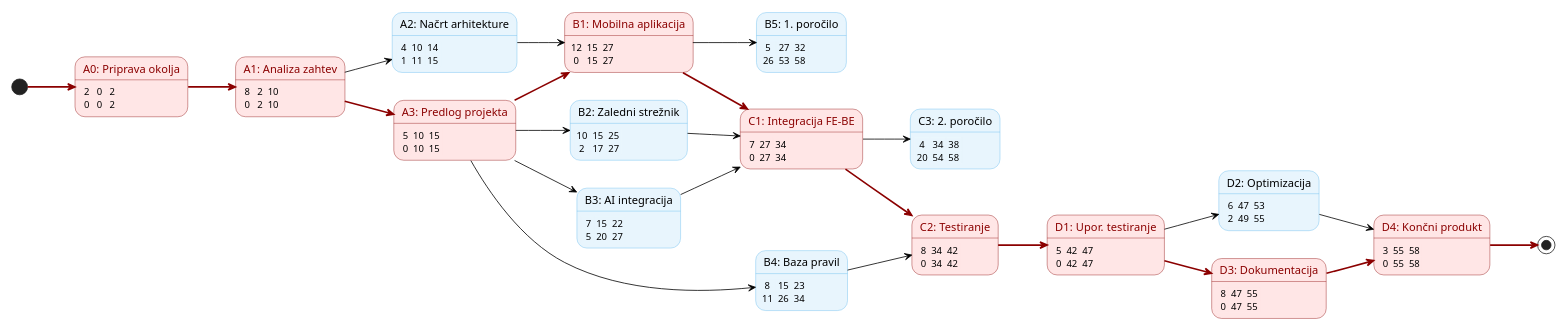
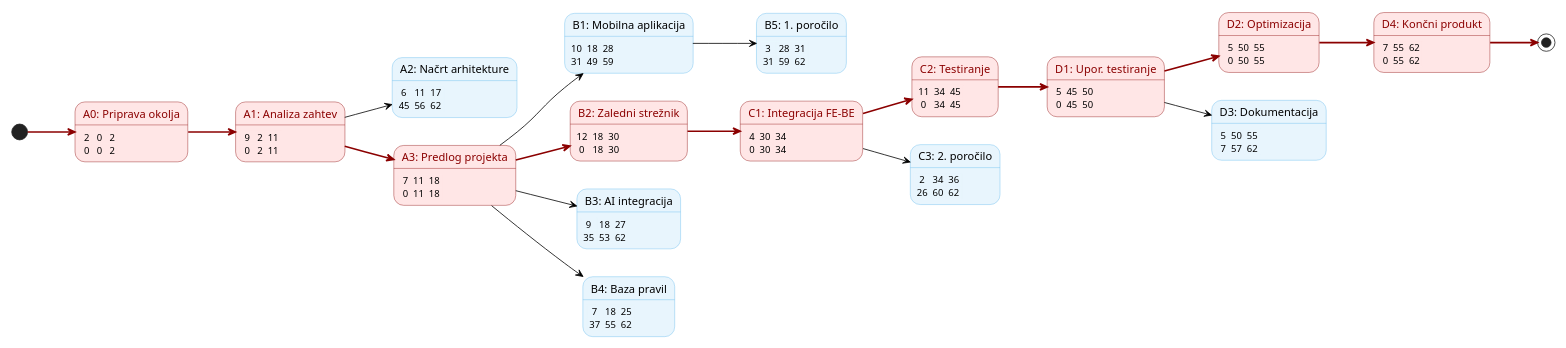
The diagram in 1.iteracija/gradivo/plantuml/PERT.puml (MB37860/temp_tpo), drawn with PlantUML before and after one commit. The commit also changed 2 other files, not shown here.

Commit message:
updated grant and pertt charts

```diff
--- a/1.iteracija/gradivo/plantuml/PERT.puml
+++ b/1.iteracija/gradivo/plantuml/PERT.puml
@@ -1,63 +1,58 @@
 @startuml "PERT diagram"
 
 skinparam backgroundColor transparent
 left to right direction
 
 scale 0.7
 
 <style>
 stateDiagram {
   arrow {
     LineColor black
   }
 }
 </style>
 
 skinparam State {
   BackgroundColor #e8f5fd
   BorderColor #5FB8EC
 }
 
 skinparam defaultTextAlignment center
 
 state "<color:darkred>A0: Priprava okolja</color>" as A0 #ffe6e6;line:darkred : <#ffe6e6,#ffe6e6>|  2 |  0 |  2 |\n|  0 |  0 |  2 |
-state "<color:darkred>A1: Analiza zahtev</color>" as A1 #ffe6e6;line:darkred : <#ffe6e6,#ffe6e6>|  8 |  2 | 10 |\n|  0 |  2 | 10 |
-state "A2: Načrt arhitekture" as A2 : <#e8f5fd,#e8f5fd>|  4 | 10 | 14 |\n|  1 | 11 | 15 |
-state "<color:darkred>A3: Predlog projekta</color>" as A3 #ffe6e6;line:darkred : <#ffe6e6,#ffe6e6>|  5 | 10 | 15 |\n|  0 | 10 | 15 |
-state "<color:darkred>B1: Mobilna aplikacija</color>" as B1 #ffe6e6;line:darkred : <#ffe6e6,#ffe6e6>| 12 | 15 | 27 |\n|  0 | 15 | 27 |
-state "B2: Zaledni strežnik" as B2 : <#e8f5fd,#e8f5fd>| 10 | 15 | 25 |\n|  2 | 17 | 27 |
-state "B3: AI integracija" as B3 : <#e8f5fd,#e8f5fd>|  7 | 15 | 22 |\n|  5 | 20 | 27 |
-state "B4: Baza pravil" as B4 : <#e8f5fd,#e8f5fd>|  8 | 15 | 23 |\n| 11 | 26 | 34 |
-state "B5: 1. poročilo" as B5 : <#e8f5fd,#e8f5fd>|  5 | 27 | 32 |\n| 26 | 53 | 58 |
-state "<color:darkred>C1: Integracija FE-BE</color>" as C1 #ffe6e6;line:darkred : <#ffe6e6,#ffe6e6>|  7 | 27 | 34 |\n|  0 | 27 | 34 |
-state "<color:darkred>C2: Testiranje</color>" as C2 #ffe6e6;line:darkred : <#ffe6e6,#ffe6e6>|  8 | 34 | 42 |\n|  0 | 34 | 42 |
-state "C3: 2. poročilo" as C3 : <#e8f5fd,#e8f5fd>|  4 | 34 | 38 |\n| 20 | 54 | 58 |
-state "<color:darkred>D1: Upor. testiranje</color>" as D1 #ffe6e6;line:darkred : <#ffe6e6,#ffe6e6>|  5 | 42 | 47 |\n|  0 | 42 | 47 |
-state "D2: Optimizacija" as D2 : <#e8f5fd,#e8f5fd>|  6 | 47 | 53 |\n|  2 | 49 | 55 |
-state "<color:darkred>D3: Dokumentacija</color>" as D3 #ffe6e6;line:darkred : <#ffe6e6,#ffe6e6>|  8 | 47 | 55 |\n|  0 | 47 | 55 |
-state "<color:darkred>D4: Končni produkt</color>" as D4 #ffe6e6;line:darkred : <#ffe6e6,#ffe6e6>|  3 | 55 | 58 |\n|  0 | 55 | 58 |
+state "<color:darkred>A1: Analiza zahtev</color>" as A1 #ffe6e6;line:darkred : <#ffe6e6,#ffe6e6>|  9 |  2 | 11 |\n|  0 |  2 | 11 |
+state "A2: Načrt arhitekture" as A2 : <#e8f5fd,#e8f5fd>|  6 | 11 | 17 |\n| 45 | 56 | 62 |
+state "<color:darkred>A3: Predlog projekta</color>" as A3 #ffe6e6;line:darkred : <#ffe6e6,#ffe6e6>|  7 | 11 | 18 |\n|  0 | 11 | 18 |
+state "B1: Mobilna aplikacija" as B1 : <#e8f5fd,#e8f5fd>| 10 | 18 | 28 |\n| 31 | 49 | 59 |
+state "<color:darkred>B2: Zaledni strežnik</color>" as B2 #ffe6e6;line:darkred : <#ffe6e6,#ffe6e6>| 12 | 18 | 30 |\n|  0 | 18 | 30 |
+state "B3: AI integracija" as B3 : <#e8f5fd,#e8f5fd>|  9 | 18 | 27 |\n| 35 | 53 | 62 |
+state "B4: Baza pravil" as B4 : <#e8f5fd,#e8f5fd>|  7 | 18 | 25 |\n| 37 | 55 | 62 |
+state "B5: 1. poročilo" as B5 : <#e8f5fd,#e8f5fd>|  3 | 28 | 31 |\n| 31 | 59 | 62 |
+state "<color:darkred>C1: Integracija FE-BE</color>" as C1 #ffe6e6;line:darkred : <#ffe6e6,#ffe6e6>|  4 | 30 | 34 |\n|  0 | 30 | 34 |
+state "<color:darkred>C2: Testiranje</color>" as C2 #ffe6e6;line:darkred : <#ffe6e6,#ffe6e6>| 11 | 34 | 45 |\n|  0 | 34 | 45 |
+state "C3: 2. poročilo" as C3 : <#e8f5fd,#e8f5fd>|  2 | 34 | 36 |\n| 26 | 60 | 62 |
+state "<color:darkred>D1: Upor. testiranje</color>" as D1 #ffe6e6;line:darkred : <#ffe6e6,#ffe6e6>|  5 | 45 | 50 |\n|  0 | 45 | 50 |
+state "<color:darkred>D2: Optimizacija</color>" as D2 #ffe6e6;line:darkred : <#ffe6e6,#ffe6e6>|  5 | 50 | 55 |\n|  0 | 50 | 55 |
+state "D3: Dokumentacija" as D3 : <#e8f5fd,#e8f5fd>|  5 | 50 | 55 |\n|  7 | 57 | 62 |
+state "<color:darkred>D4: Končni produkt</color>" as D4 #ffe6e6;line:darkred : <#ffe6e6,#ffe6e6>|  7 | 55 | 62 |\n|  0 | 55 | 62 |
 
 [*] -[#darkred,bold]-> A0
 A0 -[#darkred,bold]-> A1
 A1 --> A2
 A1 -[#darkred,bold]-> A3
-A2 --> B1
-A3 -[#darkred,bold]-> B1
-A3 --> B2
+A3 -[#darkred,bold]-> B2
+A3 --> B1
 A3 --> B3
 A3 --> B4
-B1 -[#darkred,bold]-> C1
 B1 --> B5
-B2 --> C1
-B3 --> C1
-B4 --> C2
+B2 -[#darkred,bold]-> C1
 C1 -[#darkred,bold]-> C2
 C1 --> C3
 C2 -[#darkred,bold]-> D1
-D1 --> D2
-D1 -[#darkred,bold]-> D3
-D2 --> D4
-D3 -[#darkred,bold]-> D4
+D1 -[#darkred,bold]-> D2
+D1 --> D3
+D2 -[#darkred,bold]-> D4
 D4 -[#darkred,bold]-> [*]
 
 @enduml
```
